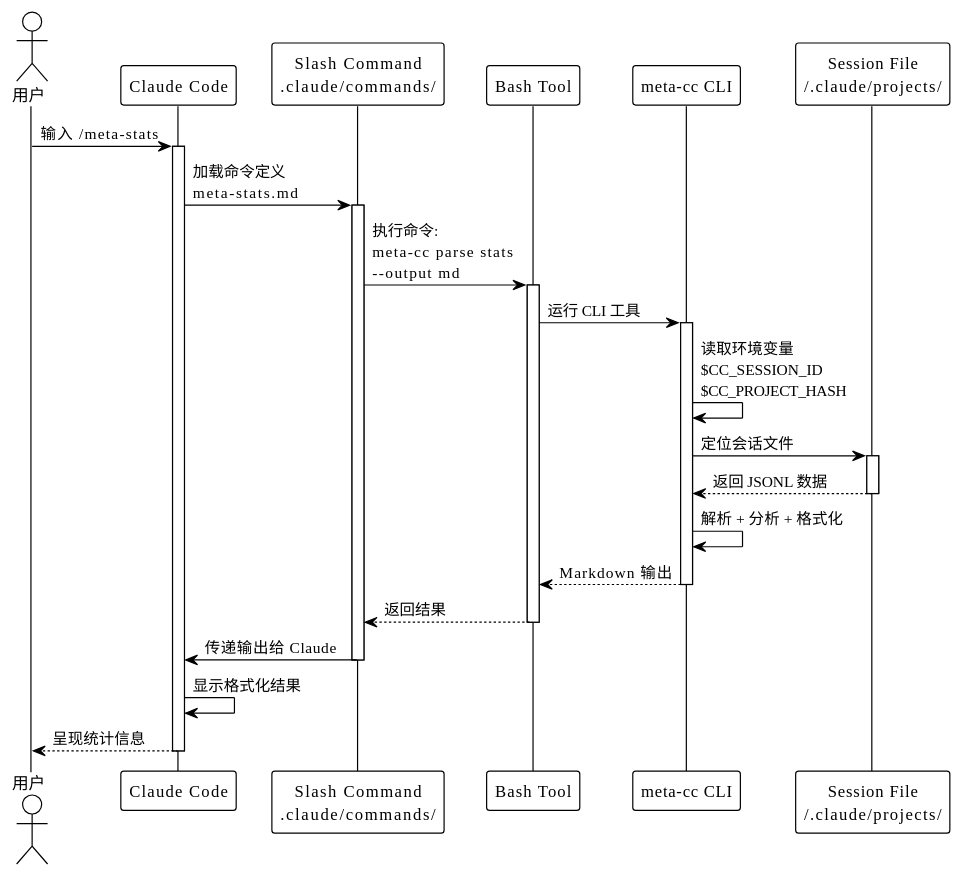
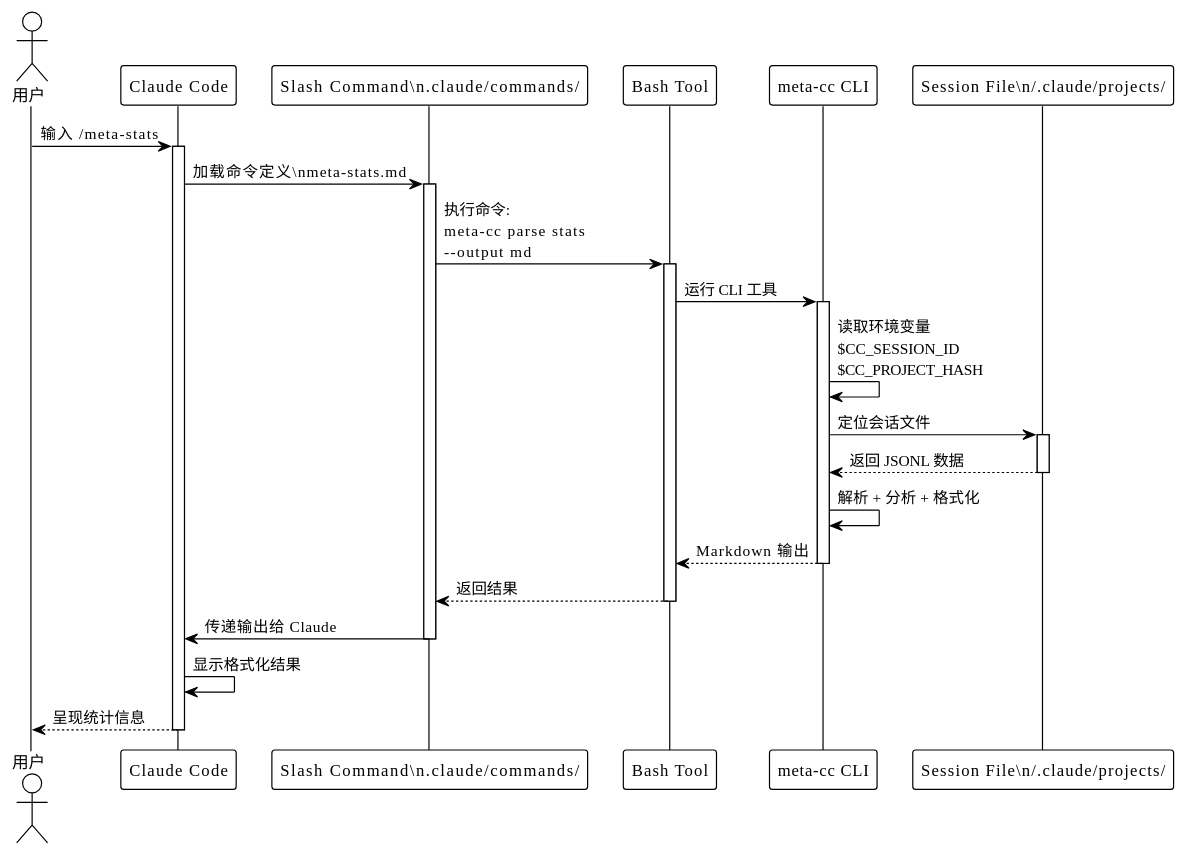
One commit to yaleh/meta-cc changed the diagram in plans/6/plan.md. Above: the diagram before and after it, drawn with PlantUML. The commit also changed other lines of this file and 102 other files, not shown here.

````diff
--- a/plans/6/plan.md
+++ b/plans/6/plan.md
@@ -45,48 +45,48 @@
 ```plantuml
 @startuml
 !theme plain
 
 actor "用户" as User
 participant "Claude Code" as CC
-participant "Slash Command\n.claude/commands/" as SC
+participant "Slash Command\\n.claude/commands/" as SC
 participant "Bash Tool" as Bash
 participant "meta-cc CLI" as CLI
-participant "Session File\n~/.claude/projects/" as File
+participant "Session File\\n~/.claude/projects/" as File
 
 User -> CC: 输入 /meta-stats
 activate CC
 
-CC -> SC: 加载命令定义\nmeta-stats.md
+CC -> SC: 加载命令定义\\nmeta-stats.md
 activate SC
 
 SC -> Bash: 执行命令:\nmeta-cc parse stats\n--output md
 activate Bash
 
 Bash -> CLI: 运行 CLI 工具
 activate CLI
 
 CLI -> CLI: 读取环境变量\n$CC_SESSION_ID\n$CC_PROJECT_HASH
 
 CLI -> File: 定位会话文件
 activate File
 File --> CLI: 返回 JSONL 数据
 deactivate File
 
 CLI -> CLI: 解析 + 分析 + 格式化
 
 CLI --> Bash: Markdown 输出
 deactivate CLI
 
 Bash --> SC: 返回结果
 deactivate Bash
 
 SC -> CC: 传递输出给 Claude
 deactivate SC
 
 CC -> CC: 显示格式化结果
 
 CC --> User: 呈现统计信息
 deactivate CC
 
 @enduml
 ```
````
